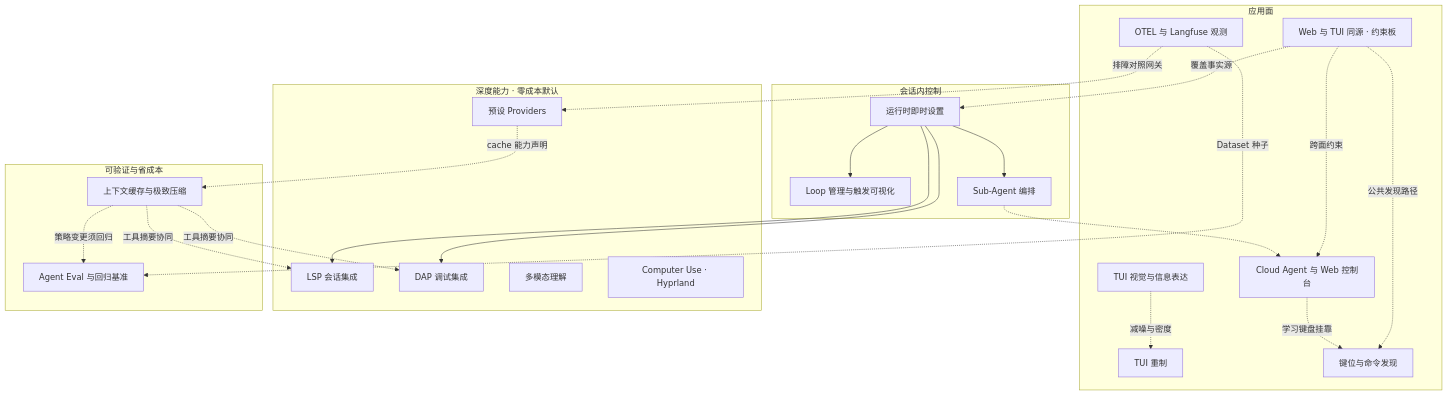
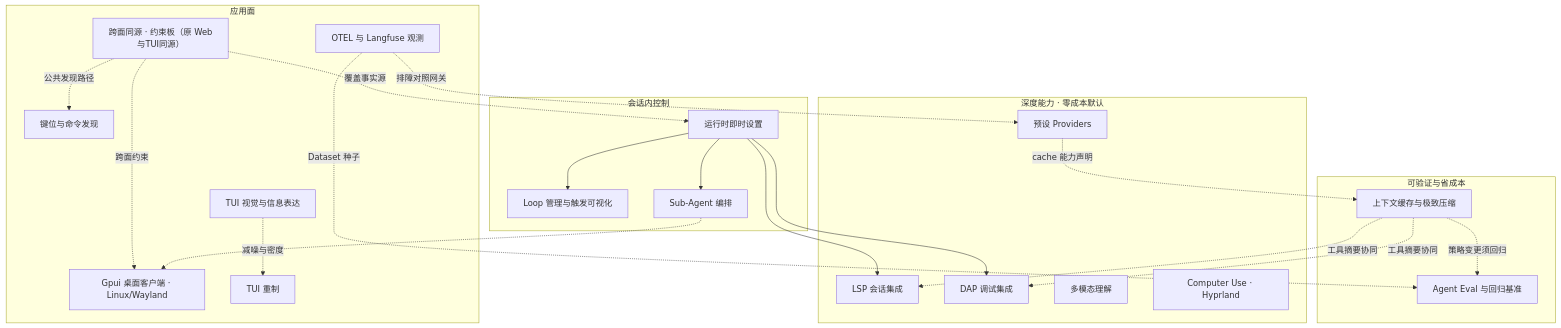
The diagram in docs/roadmaps/README.md (StrayDragon/xylitol), drawn with Mermaid before and after one commit. The commit also changed other lines of this file and 6 other files, not shown here.

First line of the commit message:
docs: converge frontend direction on gpui desktop + tui

````diff
--- a/docs/roadmaps/README.md
+++ b/docs/roadmaps/README.md
@@ -29,47 +29,46 @@
 ```mermaid
 flowchart TB
   subgraph Surfaces["应用面"]
-    Homo["Web 与 TUI 同源 · 约束板"]
-    Web["Cloud Agent 与 Web 控制台"]
+    Homo["跨面同源 · 约束板（原 Web与TUI同源）"]
+    Gui["Gpui 桌面客户端 · Linux/Wayland"]
     Obs["OTEL 与 Langfuse 观测"]
     Visual["TUI 视觉与信息表达"]
     Remaster["TUI 重制"]
     Keys["键位与命令发现"]
   end
 
   subgraph SessionCtrl["会话内控制"]
     Live["运行时即时设置"]
     Loop["Loop 管理与触发可视化"]
     Sub["Sub-Agent 编排"]
   end
 
   subgraph Depth["深度能力 · 零成本默认"]
     Lsp["LSP 会话集成"]
     Dap["DAP 调试集成"]
     Multi["多模态理解"]
     Cu["Computer Use · Hyprland"]
     Prov["预设 Providers"]
   end
 
   subgraph VerifyOpt["可验证与省成本"]
     Eval["Agent Eval 与回归基准"]
     Cache["上下文缓存与极致压缩"]
   end
 
-  Homo -.->|跨面约束| Web
+  Homo -.->|跨面约束| Gui
   Homo -.->|覆盖事实源| Live
   Homo -.->|公共发现路径| Keys
   Visual -.->|减噪与密度| Remaster
-  Web -.->|学习键盘挂靠| Keys
   Live --> Lsp
   Live --> Dap
   Live --> Sub
   Live --> Loop
   Obs -.->|排障对照网关| Prov
   Obs -.->|Dataset 种子| Eval
-  Sub -.-> Web
+  Sub -.-> Gui
   Cache -.->|策略变更须回归| Eval
   Cache -.->|工具摘要协同| Lsp
   Cache -.->|工具摘要协同| Dap
   Prov -.->|cache 能力声明| Cache
 ```
````
